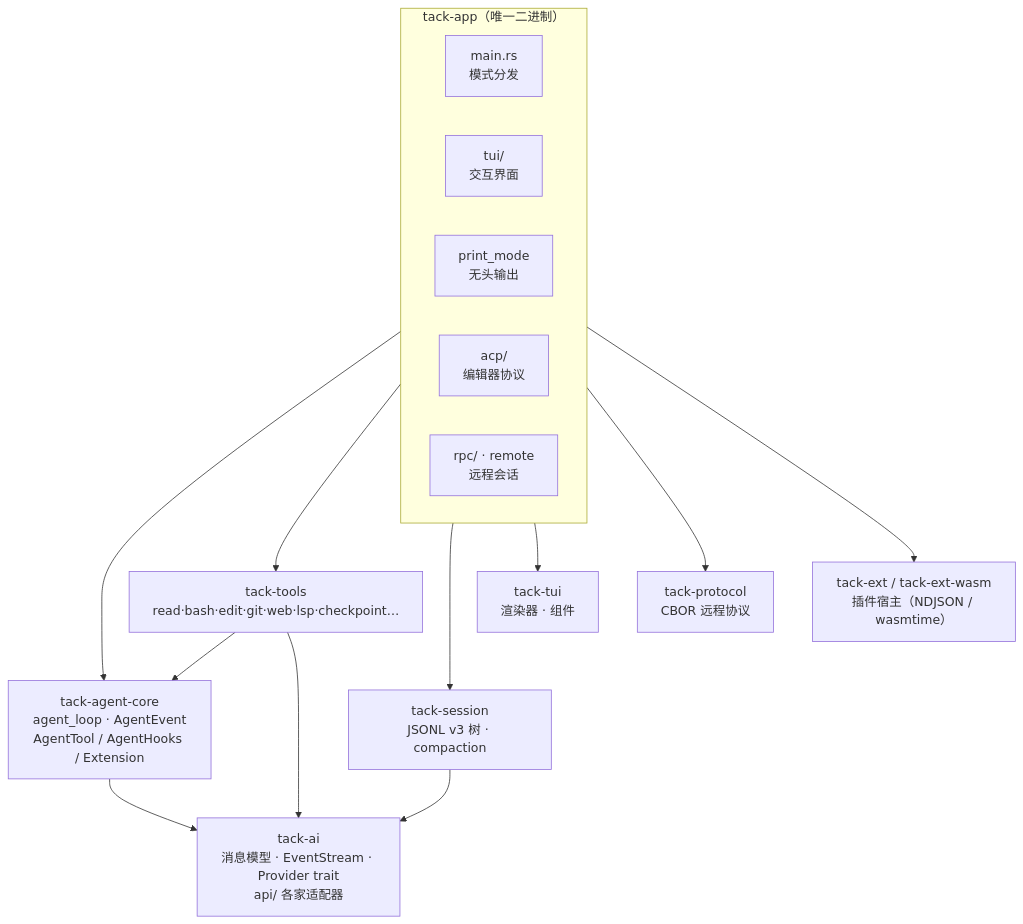
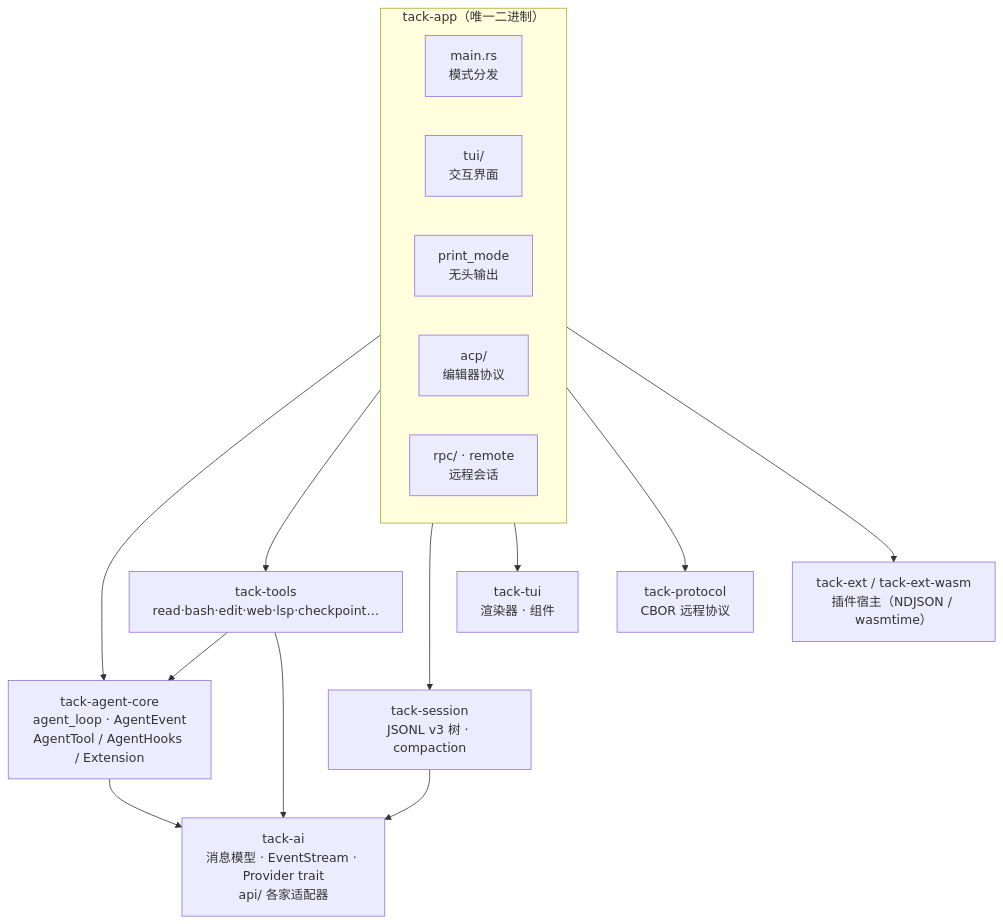
One commit to Tack-AI/tack changed the first of 5 diagrams in docs/onboarding.zh-CN.md. Above: the diagram before and after it, drawn with Mermaid. The commit also changed other lines of this file and 15 other files, not shown here.

````diff
--- a/docs/onboarding.zh-CN.md
+++ b/docs/onboarding.zh-CN.md
@@ -136,29 +136,29 @@
 ```mermaid
 flowchart TB
     subgraph APP["tack-app（唯一二进制）"]
         MAIN["main.rs<br/>模式分发"]
         TUI["tui/<br/>交互界面"]
         PRINT["print_mode<br/>无头输出"]
         ACPM["acp/<br/>编辑器协议"]
         RPCM["rpc/ · remote<br/>远程会话"]
     end
 
     CORE["tack-agent-core<br/>agent_loop · AgentEvent<br/>AgentTool / AgentHooks / Extension"]
-    TOOLS["tack-tools<br/>read·bash·edit·git·web·lsp·checkpoint…"]
+    TOOLS["tack-tools<br/>read·bash·edit·web·lsp·checkpoint…"]
     AI["tack-ai<br/>消息模型 · EventStream · Provider trait<br/>api/ 各家适配器"]
     SESS["tack-session<br/>JSONL v3 树 · compaction"]
     TUILIB["tack-tui<br/>渲染器 · 组件"]
     PROTO["tack-protocol<br/>CBOR 远程协议"]
     EXT["tack-ext / tack-ext-wasm<br/>插件宿主（NDJSON / wasmtime）"]
 
     APP --> CORE
     APP --> TOOLS
     APP --> SESS
     APP --> TUILIB
     APP --> PROTO
     APP --> EXT
     CORE --> AI
     TOOLS --> CORE
     SESS --> AI
     TOOLS --> AI
 ```
````
